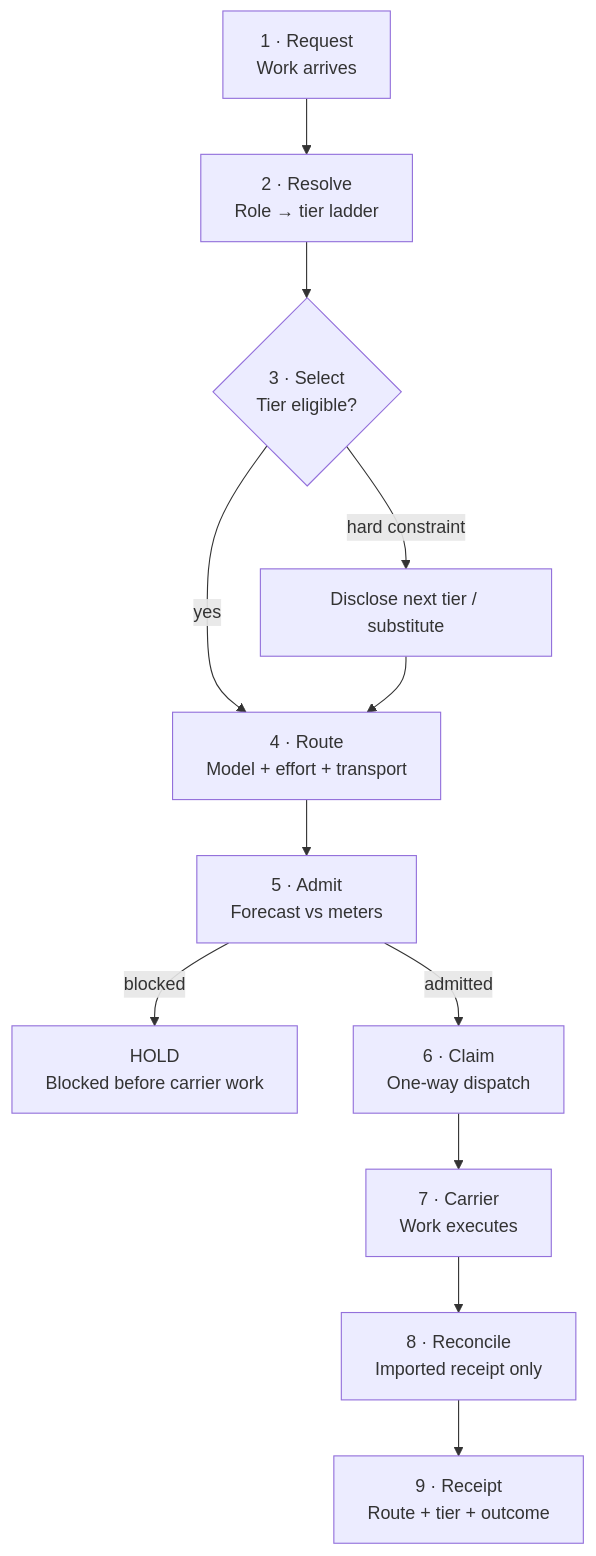
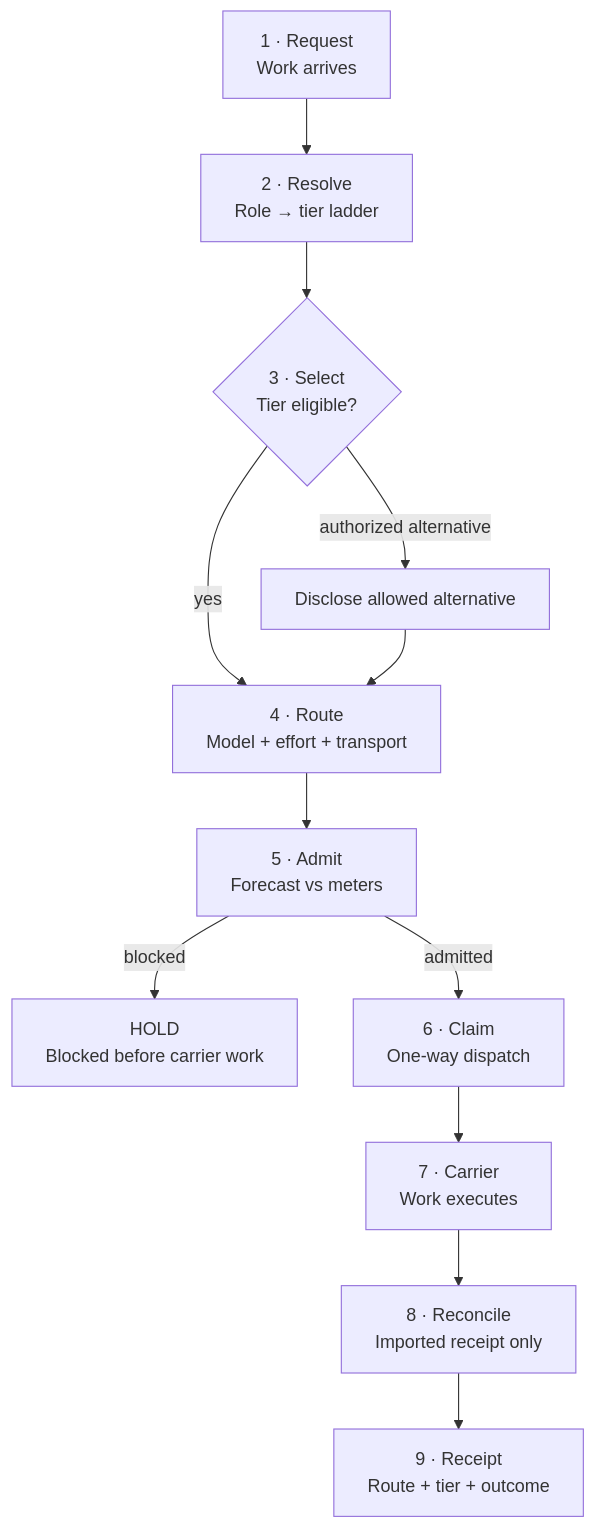
The diagram in site/src/diagrams/m5-model-routing.mmd (novotnyllc/railyard), drawn with Mermaid before and after one commit. The commit also changed 103 other files, not shown here.

```diff
--- a/site/src/diagrams/m5-model-routing.mmd
+++ b/site/src/diagrams/m5-model-routing.mmd
@@ -1,14 +1,14 @@
 flowchart TD
     accTitle: M5 model routing sequence
-    accDescr: A work request is resolved, selected, admitted against budget, claimed once, executed by its carrier, reconciled from an imported receipt, and recorded. A hard constraint discloses a substitute; a blocked admission stops before carrier work.
+    accDescr: Optional configured routing resolves model and effort, admits applicable budget, claims one action, and reconciles its receipt. Only policy-authorized alternatives may be selected; unsupported routes or blocked admission stop before work.
     A["1 · Request<br/>Work arrives"] --> B["2 · Resolve<br/>Role → tier ladder"]
     B --> C{3 · Select<br/>Tier eligible?}
     C -->|yes| D["4 · Route<br/>Model + effort + transport"]
-    C -->|hard constraint| E["Disclose next tier / substitute"]
+    C -->|authorized alternative| E["Disclose allowed alternative"]
     E --> D
     D --> F["5 · Admit<br/>Forecast vs meters"]
     F -->|blocked| G["HOLD<br/>Blocked before carrier work"]
     F -->|admitted| H["6 · Claim<br/>One-way dispatch"]
     H --> I["7 · Carrier<br/>Work executes"]
     I --> J["8 · Reconcile<br/>Imported receipt only"]
     J --> K["9 · Receipt<br/>Route + tier + outcome"]
```
